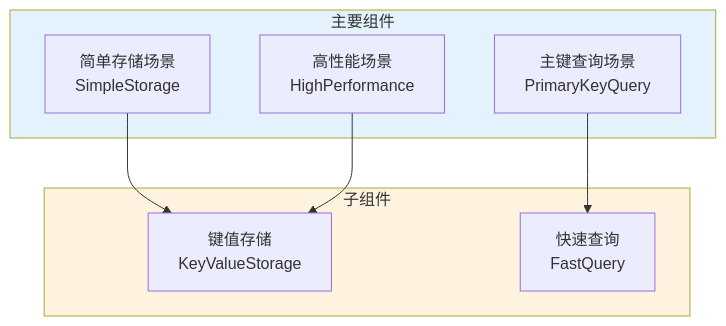
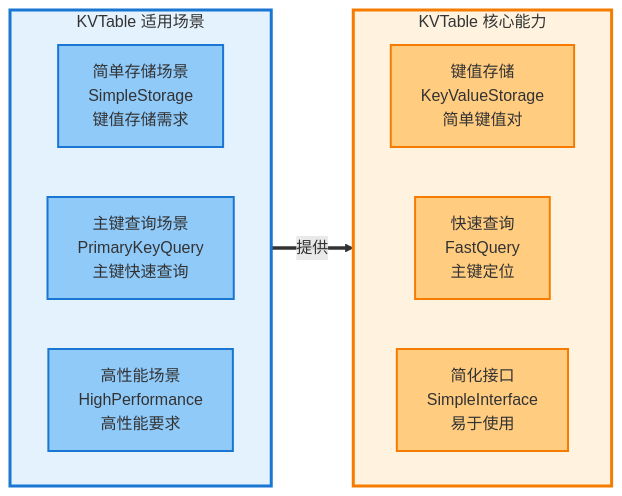
Before and after one commit to zhouzhilong-commits/zhouzhilong-commits.github.io: diagram 19 of 28 in _posts/2025-07-14-indexlib-8-index-types.md, drawn with Mermaid. The commit also changed other lines of this file and 6 other files, not shown here.

````diff
--- a/_posts/2025-07-14-indexlib-8-index-types.md
+++ b/_posts/2025-07-14-indexlib-8-index-types.md
@@ -817,20 +975,27 @@
 ```mermaid
-flowchart TD
-    subgraph Main["主要组件"]
-        A["简单存储场景<br/>SimpleStorage"]
-        B["主键查询场景<br/>PrimaryKeyQuery"]
-        C["高性能场景<br/>HighPerformance"]
+flowchart LR
+    subgraph Scene["KVTable 适用场景"]
+        direction LR
+        A["简单存储场景<br/>SimpleStorage<br/>键值存储需求"]
+        B["主键查询场景<br/>PrimaryKeyQuery<br/>主键快速查询"]
+        C["高性能场景<br/>HighPerformance<br/>高性能要求"]
     end
     
-    subgraph Sub["子组件"]
-        D["键值存储<br/>KeyValueStorage"]
-        E["快速查询<br/>FastQuery"]
+    subgraph Feature["KVTable 核心能力"]
+        direction LR
+        D["键值存储<br/>KeyValueStorage<br/>简单键值对"]
+        E["快速查询<br/>FastQuery<br/>主键定位"]
+        F["简化接口<br/>SimpleInterface<br/>易于使用"]
     end
     
-    A --> D
-    B --> E
-    C --> D
+    Scene ==>|提供| Feature
     
-    style Main fill:#e3f2fd
-    style Sub fill:#fff3e0
+    style Scene fill:#e3f2fd,stroke:#1976d2,stroke-width:3px
+    style Feature fill:#fff3e0,stroke:#f57c00,stroke-width:3px
+    style A fill:#90caf9,stroke:#1976d2,stroke-width:2px
+    style B fill:#90caf9,stroke:#1976d2,stroke-width:2px
+    style C fill:#90caf9,stroke:#1976d2,stroke-width:2px
+    style D fill:#ffcc80,stroke:#f57c00,stroke-width:2px
+    style E fill:#ffcc80,stroke:#f57c00,stroke-width:2px
+    style F fill:#ffcc80,stroke:#f57c00,stroke-width:2px
 ```
````
